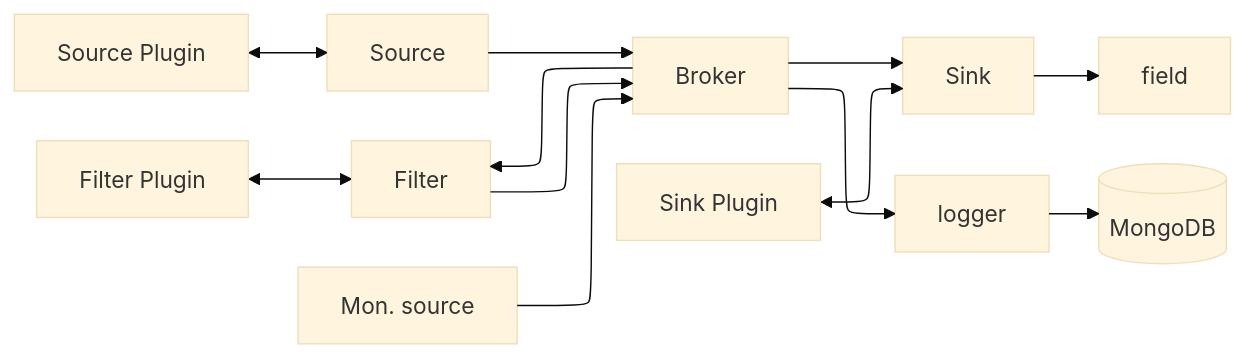
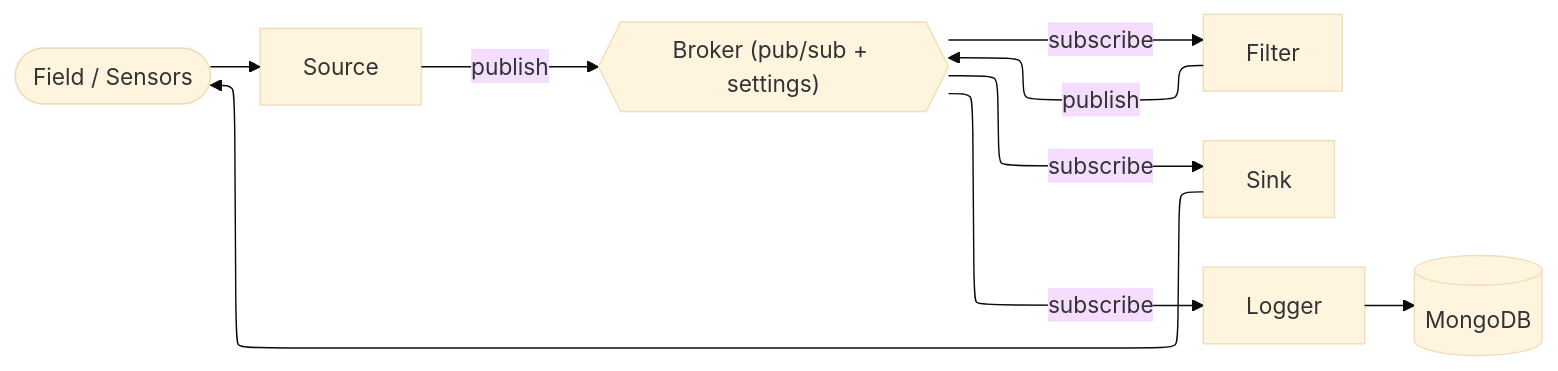
One commit to pbosetti/MADS changed the first of 3 diagrams in README.md. Above: the diagram before and after it, drawn with Mermaid (base theme). The commit also changed other lines of this file, not shown here.

````diff
--- a/README.md
+++ b/README.md
@@ -23,23 +42,20 @@
 ```mermaid
 %%{init: {"flowchart": {"defaultRenderer": "elk"}} }%%
 flowchart LR
-    broker["Broker"]
-    source["Source"]
-    filter["Filter"]
-    sink["Sink"]
-    monolithic["Mon. source"]
-    source_plugin["Source Plugin"]
-    filter_plugin["Filter Plugin"]
-    sink_plugin["Sink Plugin"]
-    source_plugin <--> source
-    filter_plugin <--> filter
-    sink_plugin <--> sink
-    source --> broker
-    filter --> broker
-    broker --> sink
-    monolithic --> broker
-    broker --> filter
-    sink --> field
-    broker --> logger
-    logger --> mongodb[(MongoDB)]
+    field([Field / Sensors])
+    broker{{"Broker (pub/sub + settings)"}}
+    src["Source"]
+    flt["Filter"]
+    snk["Sink"]
+    log["Logger"]
+    db[(MongoDB)]
+
+    field --> src
+    src -- publish --> broker
+    broker -- subscribe --> flt
+    flt -- publish --> broker
+    broker -- subscribe --> snk
+    broker -- subscribe --> log
+    snk --> field
+    log --> db
 ```
````
